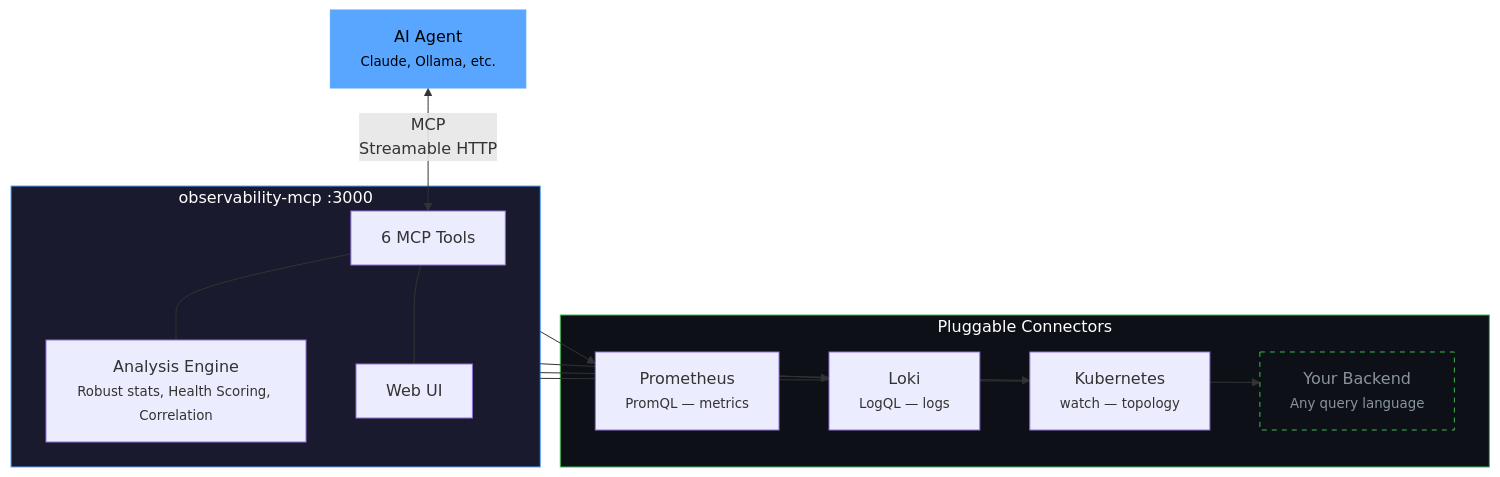
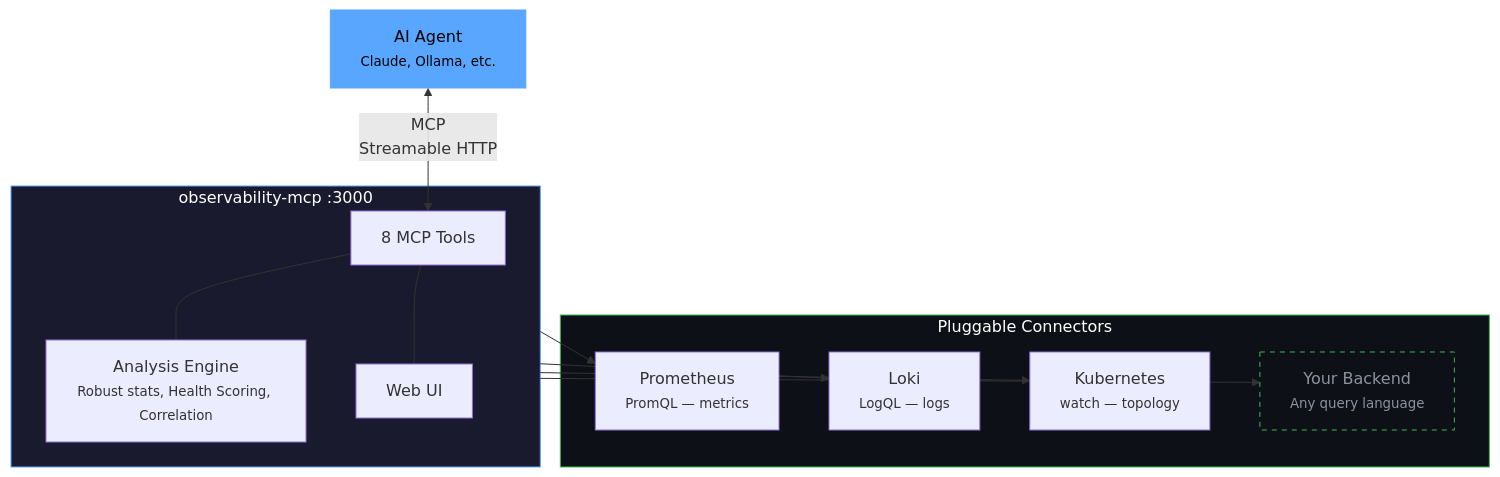
The diagram in README.md (ThoTischner/observability-mcp), drawn with Mermaid before and after one commit. The commit also changed other lines of this file and 6 other files, not shown here.

````diff
--- a/README.md
+++ b/README.md
@@ -109,27 +109,27 @@
 ```mermaid
 graph TB
     Agent["AI Agent<br/><small>Claude, Ollama, etc.</small>"]
 
     subgraph MCP ["observability-mcp :3000"]
-        Tools["6 MCP Tools"]
+        Tools["8 MCP Tools"]
         Analysis["Analysis Engine<br/><small>Robust stats, Health Scoring, Correlation</small>"]
         UI["Web UI"]
     end
 
     subgraph Connectors ["Pluggable Connectors"]
         Prom["Prometheus<br/><small>PromQL — metrics</small>"]
         Loki["Loki<br/><small>LogQL — logs</small>"]
         K8s["Kubernetes<br/><small>watch — topology</small>"]
         Next["Your Backend<br/><small>Any query language</small>"]
     end
 
     Agent <-->|"MCP<br/>Streamable HTTP"| Tools
     Tools --- Analysis
     Tools --- UI
     MCP --> Prom & Loki & K8s & Next
 
     style MCP fill:#1a1a2e,stroke:#58a6ff,color:#fff
     style Connectors fill:#0d1117,stroke:#3fb950,color:#fff
     style Agent fill:#58a6ff,stroke:#58a6ff,color:#000
     style Next fill:#0d1117,stroke:#3fb950,color:#8b949e,stroke-dasharray: 5 5
 ```
````
